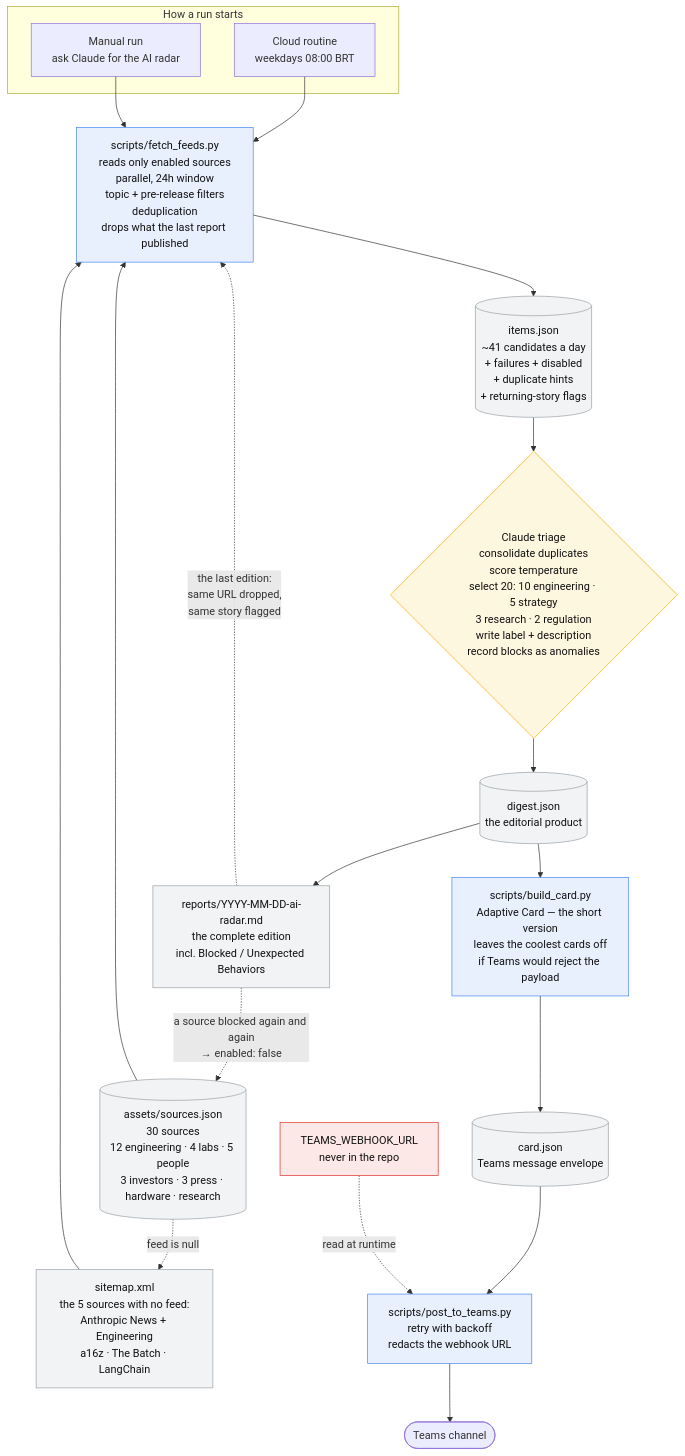
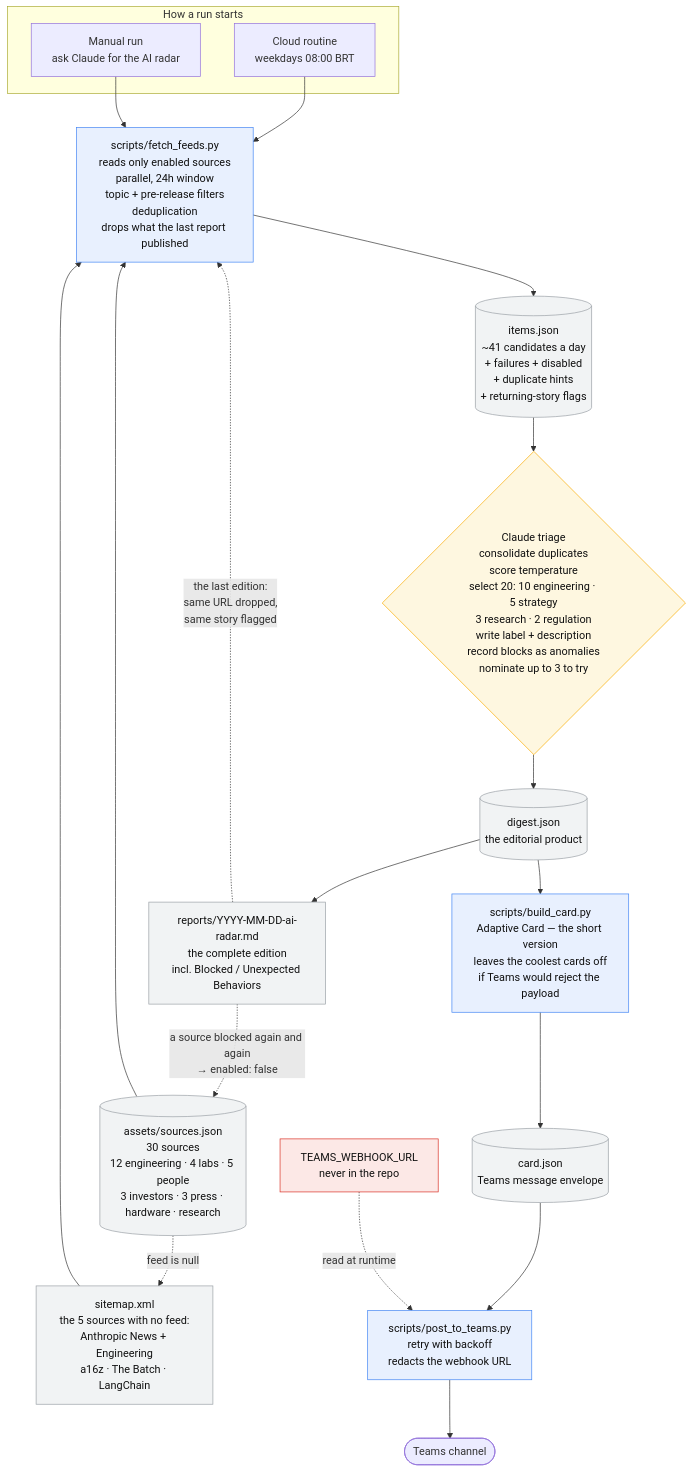
Before and after one commit to werner-denzin/claude-labs: the diagram in README.md, drawn with Mermaid. The commit also changed other lines of this file and 6 other files, not shown here.

````diff
--- a/README.md
+++ b/README.md
@@ -124,49 +124,49 @@
 ```mermaid
 flowchart TD
     subgraph triggers["How a run starts"]
         ROUTINE["Cloud routine<br>weekdays 08:00 BRT"]
         MANUAL["Manual run<br>ask Claude for the AI radar"]
     end
 
     CATALOG[("assets/sources.json<br>30 sources<br>12 engineering · 4 labs · 5 people<br>3 investors · 3 press · hardware · research")]
     FETCH["scripts/fetch_feeds.py<br>reads only enabled sources<br>parallel, 24h window<br>topic + pre-release filters<br>deduplication<br>drops what the last report published"]
     ITEMS[("items.json<br>~41 candidates a day<br>+ failures + disabled<br>+ duplicate hints<br>+ returning-story flags")]
     SITEMAP["sitemap.xml<br>the 5 sources with no feed:<br>Anthropic News + Engineering<br>a16z · The Batch · LangChain"]
 
-    TRIAGE{"Claude triage<br>consolidate duplicates<br>score temperature<br>select 20: 10 engineering · 5 strategy<br>3 research · 2 regulation<br>write label + description<br>record blocks as anomalies"}
+    TRIAGE{"Claude triage<br>consolidate duplicates<br>score temperature<br>select 20: 10 engineering · 5 strategy<br>3 research · 2 regulation<br>write label + description<br>record blocks as anomalies<br>nominate up to 3 to try"}
     DIGEST[("digest.json<br>the editorial product")]
 
     BUILD["scripts/build_card.py<br>Adaptive Card — the short version<br>leaves the coolest cards off<br>if Teams would reject the payload"]
     CARD[("card.json<br>Teams message envelope")]
     POST["scripts/post_to_teams.py<br>retry with backoff<br>redacts the webhook URL"]
 
     TEAMS(["Teams channel"])
     ARCHIVE["reports/YYYY-MM-DD-ai-radar.md<br>the complete edition<br>incl. Blocked / Unexpected Behaviors"]
     SECRET["TEAMS_WEBHOOK_URL<br>never in the repo"]
 
     ROUTINE --> FETCH
     MANUAL --> FETCH
     CATALOG --> FETCH
     FETCH --> ITEMS
     CATALOG -. "feed is null" .-> SITEMAP
     SITEMAP --> FETCH
     ARCHIVE -. "the last edition:<br>same URL dropped,<br>same story flagged" .-> FETCH
     ITEMS --> TRIAGE
     TRIAGE --> DIGEST
     DIGEST --> BUILD
     BUILD --> CARD
     CARD --> POST
     POST --> TEAMS
     DIGEST --> ARCHIVE
     ARCHIVE -. "a source blocked again and again<br>→ enabled: false" .-> CATALOG
     SECRET -. read at runtime .-> POST
 
     classDef script fill:#e8f0fe,stroke:#4285f4,color:#111
     classDef data fill:#f1f3f4,stroke:#9aa0a6,color:#111
     classDef judgment fill:#fef7e0,stroke:#f9ab00,color:#111
     classDef secret fill:#fce8e6,stroke:#d93025,color:#111
     class FETCH,BUILD,POST script
     class CATALOG,ITEMS,DIGEST,CARD,ARCHIVE,SITEMAP data
     class TRIAGE judgment
     class SECRET secret
 ```
````
